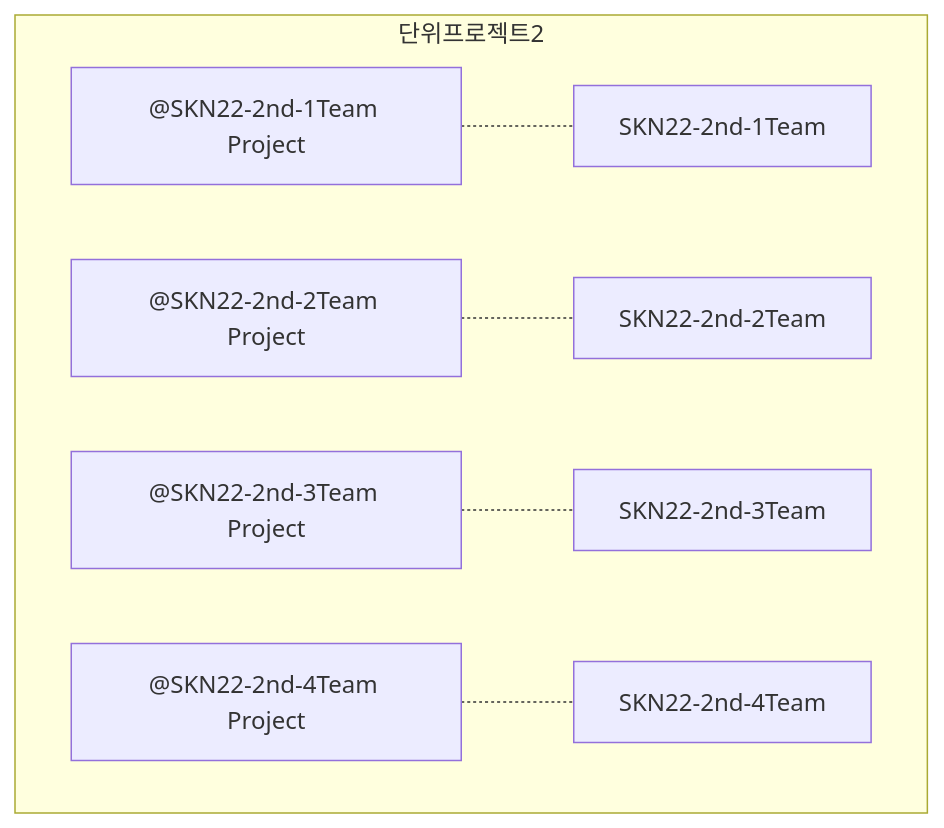
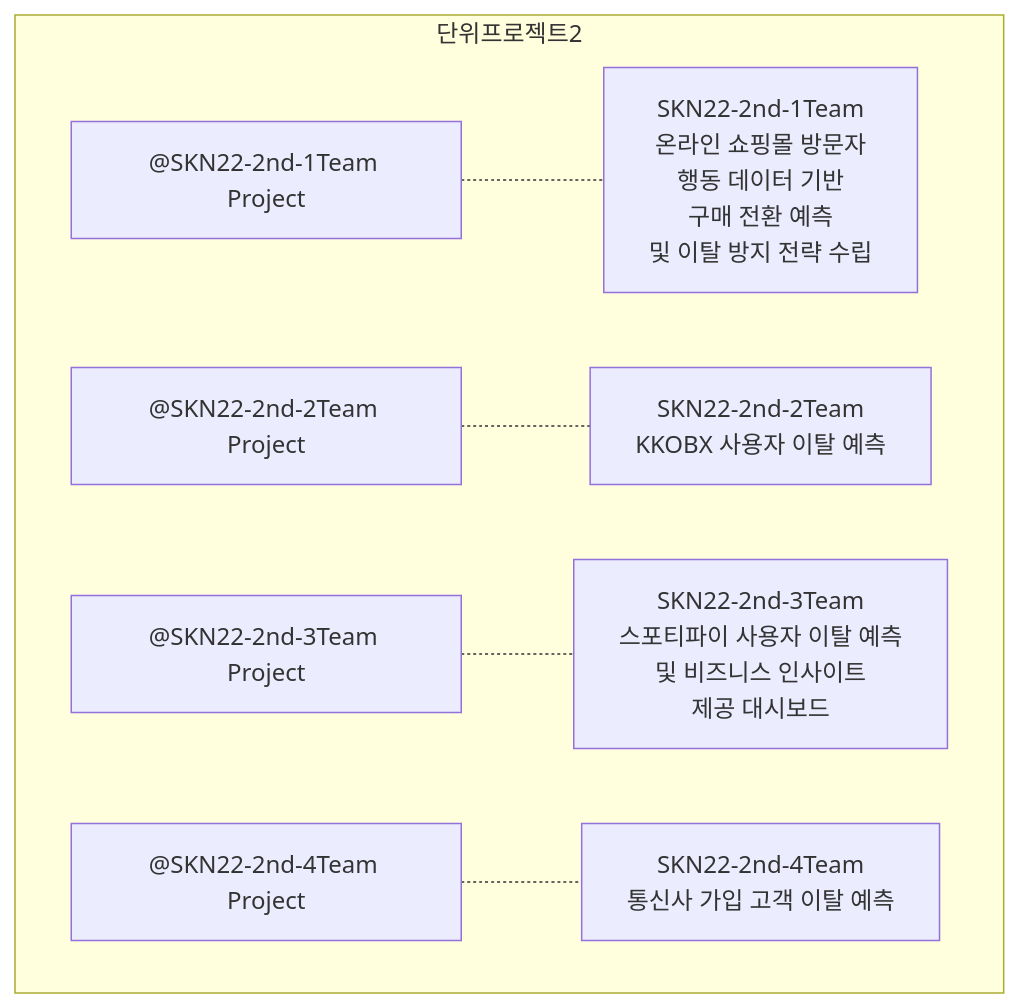
One commit to skn-ai22-251029/.github changed the third of 5 diagrams in profile/README.md. Above: the diagram before and after it, drawn with Mermaid. The commit also changed other lines of this file, not shown here.

````diff
--- a/profile/README.md
+++ b/profile/README.md
@@ -96,34 +96,34 @@
 ```mermaid
 graph TD
     
     subgraph 단위프로젝트2
         A1[#64;SKN22-2nd-1Team Project]
         A2[#64;SKN22-2nd-2Team Project]
         A3[#64;SKN22-2nd-3Team Project]
         A4[#64;SKN22-2nd-4Team Project]
 
         %% B1["SKN22-2nd-1Team<br><sub>세부내용</sub>"]
-        B1[SKN22-2nd-1Team<br>]
-        B2[SKN22-2nd-2Team<br>]
-        B3[SKN22-2nd-3Team<br>]
-        B4[SKN22-2nd-4Team<br>]
+        B1[SKN22-2nd-1Team<br>온라인 쇼핑몰 방문자 <br>행동 데이터 기반 <br> 구매 전환 예측 <br>및 이탈 방지 전략 수립]
+        B2[SKN22-2nd-2Team<br>KKOBX 사용자 이탈 예측]
+        B3[SKN22-2nd-3Team<br>스포티파이 사용자 이탈 예측 <br> 및 비즈니스 인사이트 <br> 제공 대시보드]
+        B4[SKN22-2nd-4Team<br>통신사 가입 고객 이탈 예측]
 
         A1 -.- B1
         A2 -.- B2
         A3 -.- B3
         A4 -.- B4
 
             
 
     end
     click A1 "https://github.com/orgs/skn-ai22-251029/projects/16" "@SKN22-2nd-1Team"
     click A2 "https://github.com/orgs/skn-ai22-251029/projects/17" "@SKN22-2nd-2Team"
     click A3 "https://github.com/orgs/skn-ai22-251029/projects/18" "@SKN22-2nd-3Team"
     click A4 "https://github.com/orgs/skn-ai22-251029/projects/19" "@SKN22-2nd-4Team"
 
     click B1 "https://github.com/skn-ai22-251029/SKN22-2nd-1Team" "SKN22-2nd-1Team"
     click B2 "https://github.com/skn-ai22-251029/SKN22-2nd-2Team" "SKN22-2nd-2Team"
     click B3 "https://github.com/skn-ai22-251029/SKN22-2nd-3Team" "SKN22-2nd-3Team"
     click B4 "https://github.com/skn-ai22-251029/SKN22-2nd-4Team" "SKN22-2nd-4Team"
 
 ```
````
